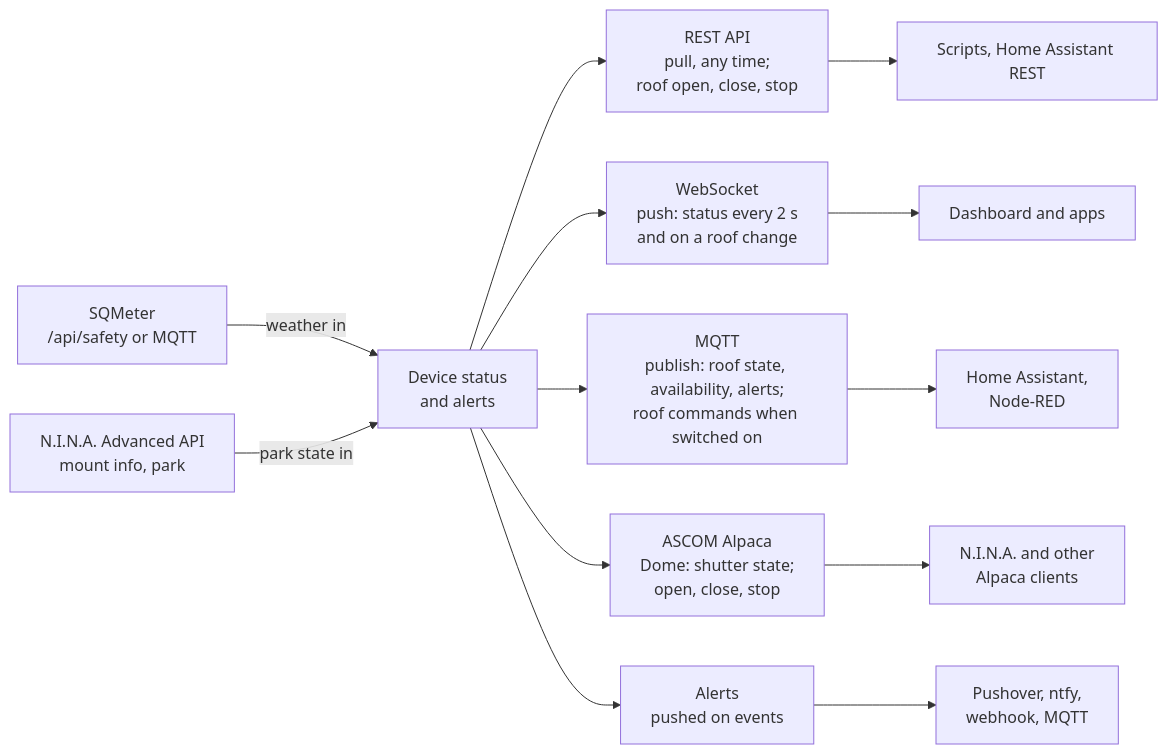
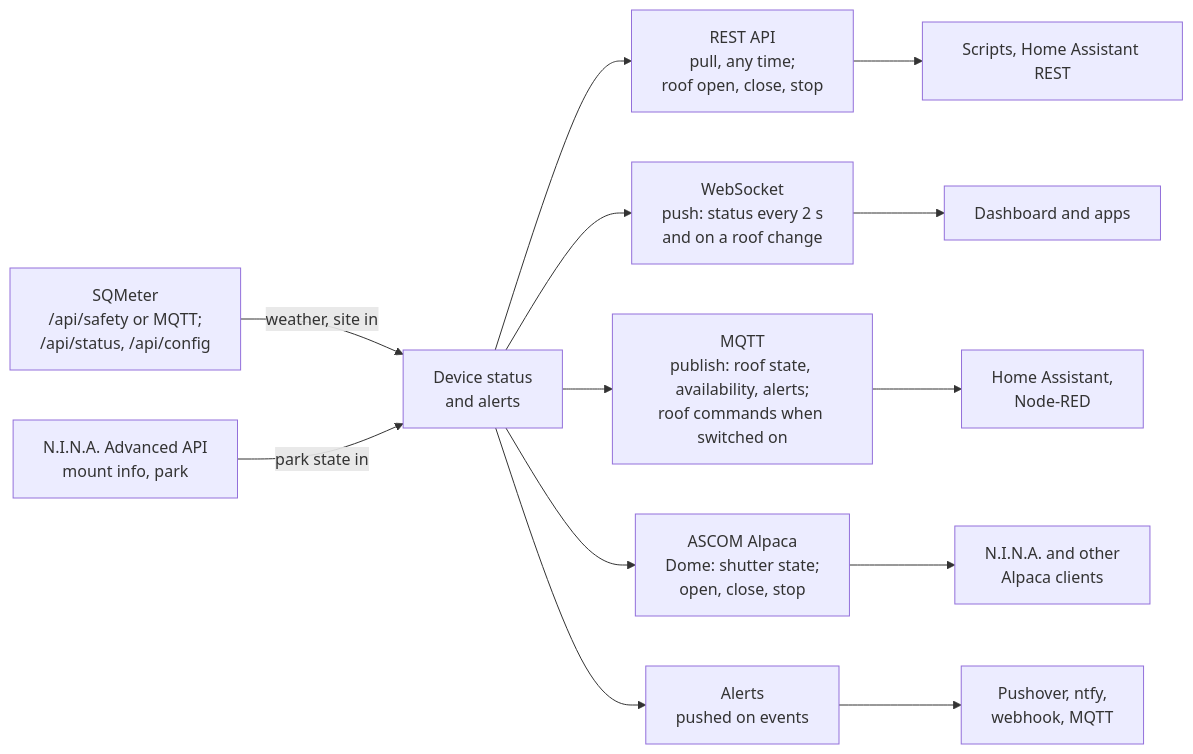
One commit to DeanJ87/RoofRoof changed the diagram in docs/api/integrations.md. Above: the diagram before and after it, drawn with Mermaid. The commit also changed other lines of this file and 16 other files, not shown here.

Commit message:
020: docs (site from SQMeter, REST, WebSocket, configuration, wizard, dashboard, demo), diagrams re-checked, flash and UI size recorded; applyLocation split for complexity

````diff
--- a/docs/api/integrations.md
+++ b/docs/api/integrations.md
@@ -18,18 +18,18 @@
 ```mermaid
 flowchart LR
     accTitle: Integration paths
-    accDescr: The device status feeds four paths. REST is pulled by scripts and can command the roof; WebSocket pushes the status live to the dashboard and apps; MQTT publishes the roof's state, availability and alerts to a broker for Home Assistant and, when switched on, takes its open, close and stop commands; Alpaca serves the roof as a Dome that N.I.N.A. and other clients can open, close and stop; alerts are pushed to phones and services. Inbound, the device reads SQMeter's weather verdict and N.I.N.A.'s mount state.
+    accDescr: The device status feeds four paths. REST is pulled by scripts and can command the roof; WebSocket pushes the status live to the dashboard and apps; MQTT publishes the roof's state, availability and alerts to a broker for Home Assistant and, when switched on, takes its open, close and stop commands; Alpaca serves the roof as a Dome that N.I.N.A. and other clients can open, close and stop; alerts are pushed to phones and services. Inbound, the device reads SQMeter's weather verdict, its location and (on request) its site settings, and N.I.N.A.'s mount state.
     DATA["Device status<br/>and alerts"]
     DATA --> REST["REST API<br/>pull, any time;<br/>roof open, close, stop"]
     DATA --> WS["WebSocket<br/>push: status every 2 s<br/>and on a roof change"]
     DATA --> MQTT["MQTT<br/>publish: roof state, availability, alerts;<br/>roof commands when switched on"]
     DATA --> ALPACA["ASCOM Alpaca<br/>Dome: shutter state;<br/>open, close, stop"]
     DATA --> ALERTS["Alerts<br/>pushed on events"]
     REST --> SCRIPTS["Scripts, Home Assistant REST"]
     WS --> UI["Dashboard and apps"]
     MQTT --> HA["Home Assistant,<br/>Node-RED"]
     ALPACA --> NINA["N.I.N.A. and other<br/>Alpaca clients"]
     ALERTS --> PHONES["Pushover, ntfy,<br/>webhook, MQTT"]
-    SQM["SQMeter<br/>/api/safety or MQTT"] -->|weather in| DATA
+    SQM["SQMeter<br/>/api/safety or MQTT;<br/>/api/status, /api/config"] -->|weather, site in| DATA
     NAPI["N.I.N.A. Advanced API<br/>mount info, park"] -->|park state in| DATA
 ```
````
